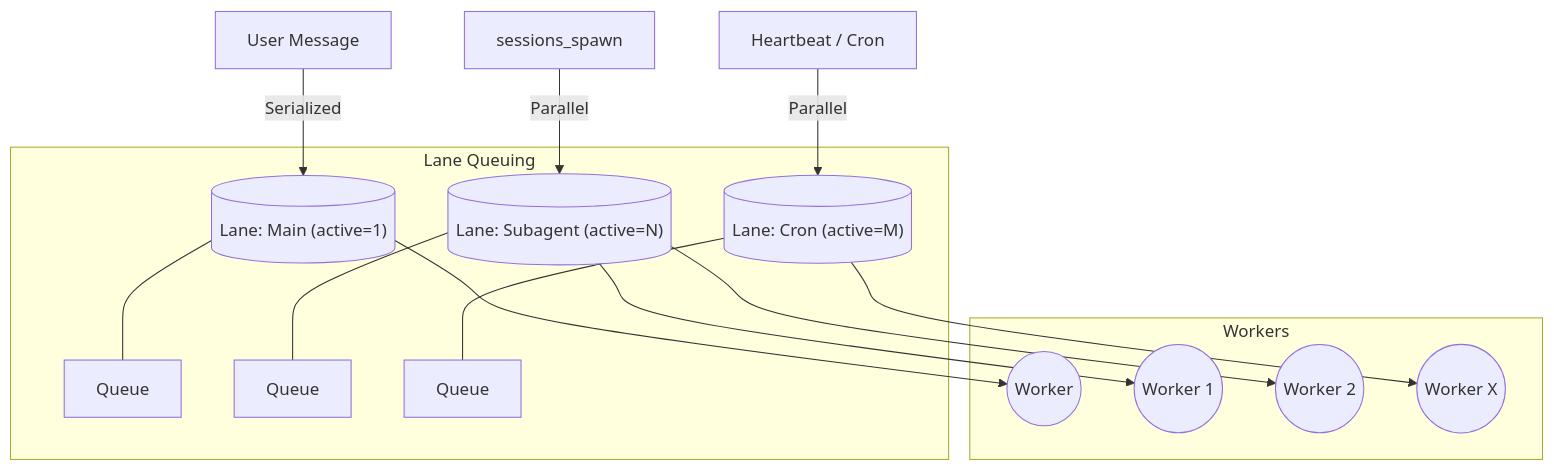
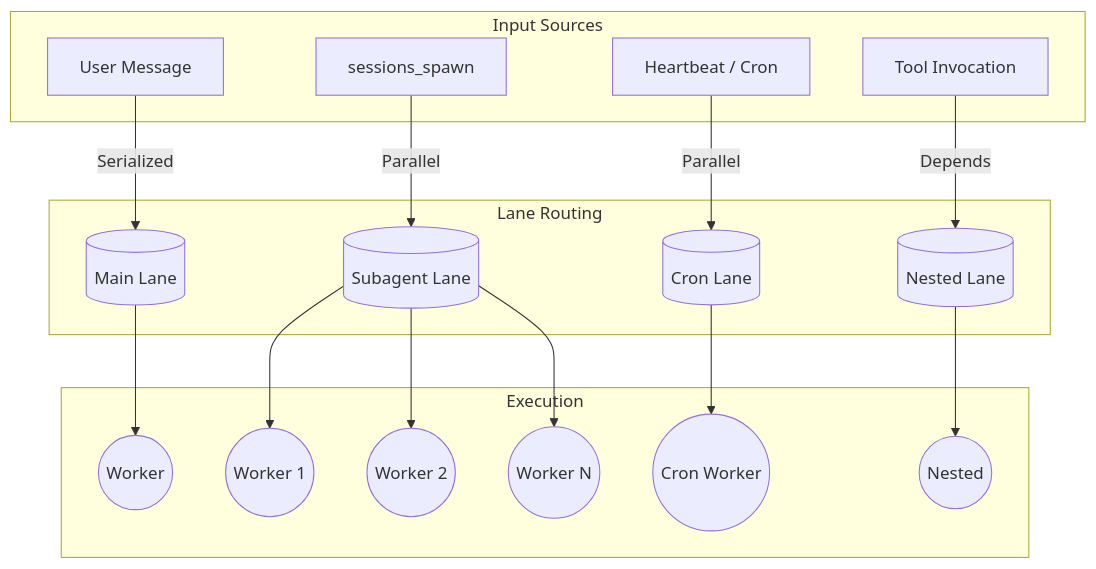
Before and after one commit to rzafiamy/openclaw-architecture: the first of 6 diagrams in details/execution-lanes.md, drawn with Mermaid. The commit also changed other lines of this file and 12 other files, not shown here.

````diff
--- a/details/execution-lanes.md
+++ b/details/execution-lanes.md
@@ -7,19 +22,25 @@
 ```mermaid
-graph TD
-    UserMsg[User Message] -->|Serialized| Main[("Lane: Main (active=1)")]
-    SubSpawn[sessions_spawn] -->|Parallel| Subagent[("Lane: Subagent (active=N)")]
-    CronTrigger[Heartbeat / Cron] -->|Parallel| Cron[("Lane: Cron (active=M)")]
-    
-    subgraph Queues ["Lane Queuing"]
-        Main --- Q1[Queue]
-        Subagent --- Q2[Queue]
-        Cron --- Q3[Queue]
+graph TB
+    subgraph "Input Sources"
+        U[User Message]
+        S[sessions_spawn]
+        C[Heartbeat / Cron]
+        T[Tool Invocation]
     end
     
-    subgraph Execution ["Workers"]
-        Main --> W1((Worker))
-        Subagent --> W2((Worker 1))
-        Subagent --> W3((Worker 2))
-        Cron --> W4((Worker X))
+    subgraph "Lane Routing"
+        U -->|Serialized| M[(Main Lane)]
+        S -->|Parallel| SA[(Subagent Lane)]
+        C -->|Parallel| CR[(Cron Lane)]
+        T -->|Depends| N[(Nested Lane)]
+    end
+    
+    subgraph "Execution"
+        M --> W1((Worker))
+        SA --> W2((Worker 1))
+        SA --> W3((Worker 2))
+        SA --> W4((Worker N))
+        CR --> W5((Cron Worker))
+        N --> W6((Nested))
     end
 ```
````
